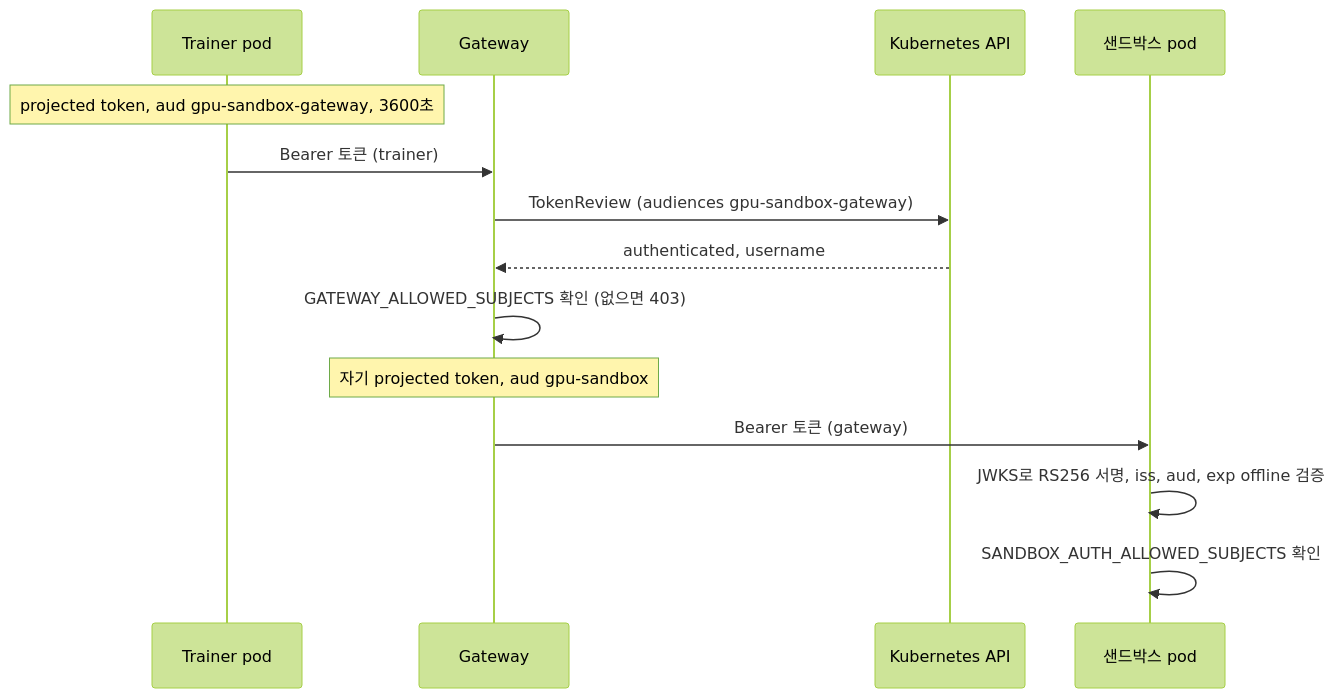
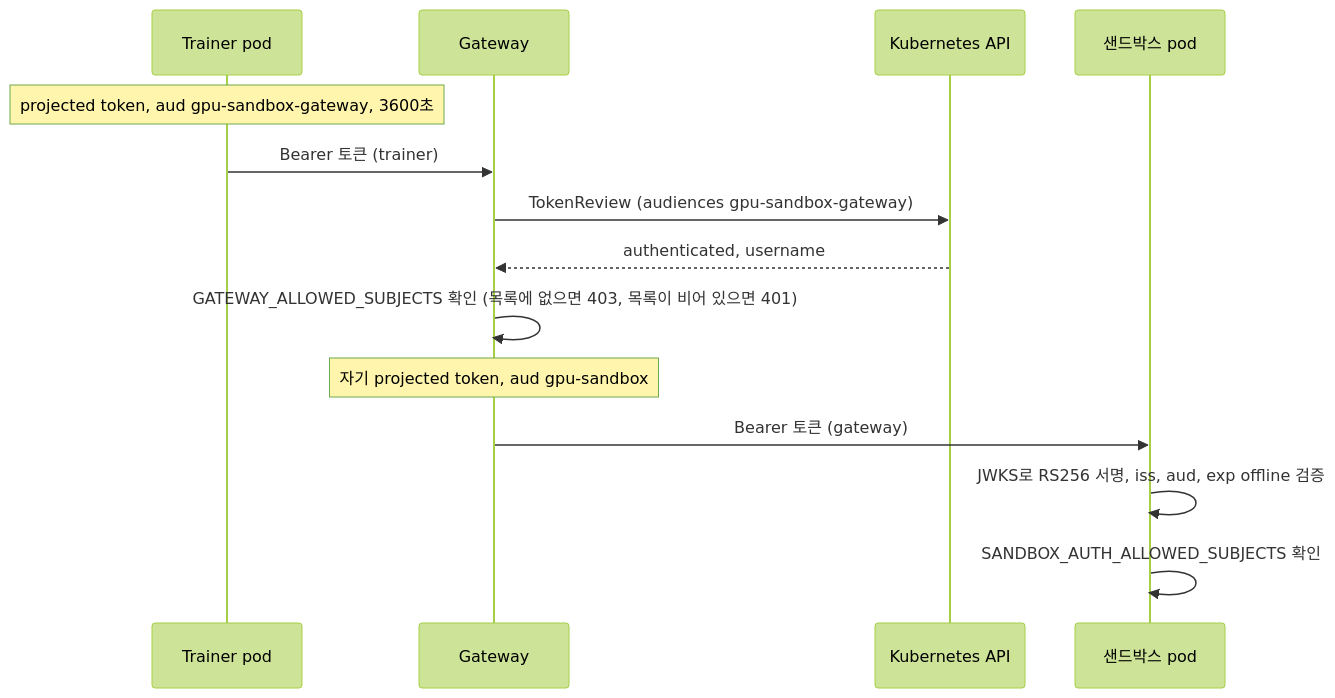
The diagram in docs/production/02_security.md (daekeun-ml/gpu-sandbox-on-aws), drawn with Mermaid (forest theme) before and after one commit. The commit also changed other lines of this file and 171 other files, not shown here.

````diff
--- a/docs/production/02_security.md
+++ b/docs/production/02_security.md
@@ -74,16 +73,16 @@
 ```mermaid
 sequenceDiagram
     participant T as Trainer pod
     participant G as Gateway
     participant K as Kubernetes API
     participant S as 샌드박스 pod
     Note over T: projected token, aud gpu-sandbox-gateway, 3600초
     T->>G: Bearer 토큰 (trainer)
     G->>K: TokenReview (audiences gpu-sandbox-gateway)
     K-->>G: authenticated, username
-    G->>G: GATEWAY_ALLOWED_SUBJECTS 확인 (없으면 403)
+    G->>G: GATEWAY_ALLOWED_SUBJECTS 확인 (목록에 없으면 403, 목록이 비어 있으면 401)
     Note over G: 자기 projected token, aud gpu-sandbox
     G->>S: Bearer 토큰 (gateway)
     S->>S: JWKS로 RS256 서명, iss, aud, exp offline 검증
     S->>S: SANDBOX_AUTH_ALLOWED_SUBJECTS 확인
 ```
````
